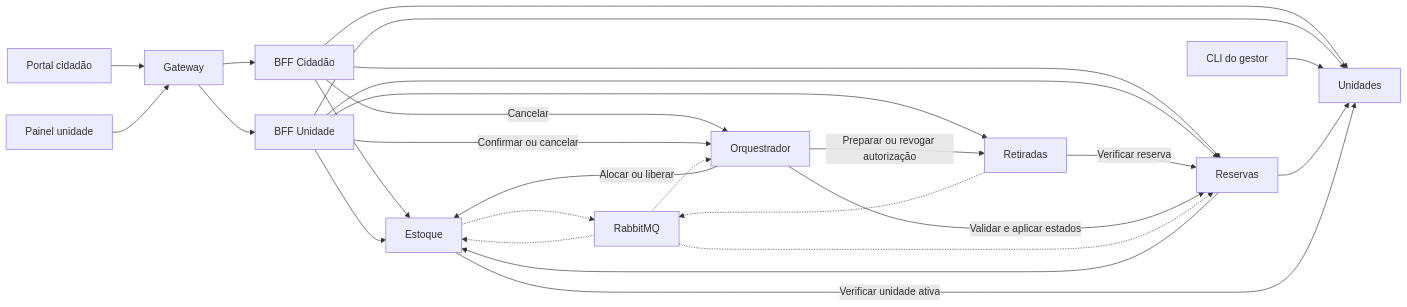
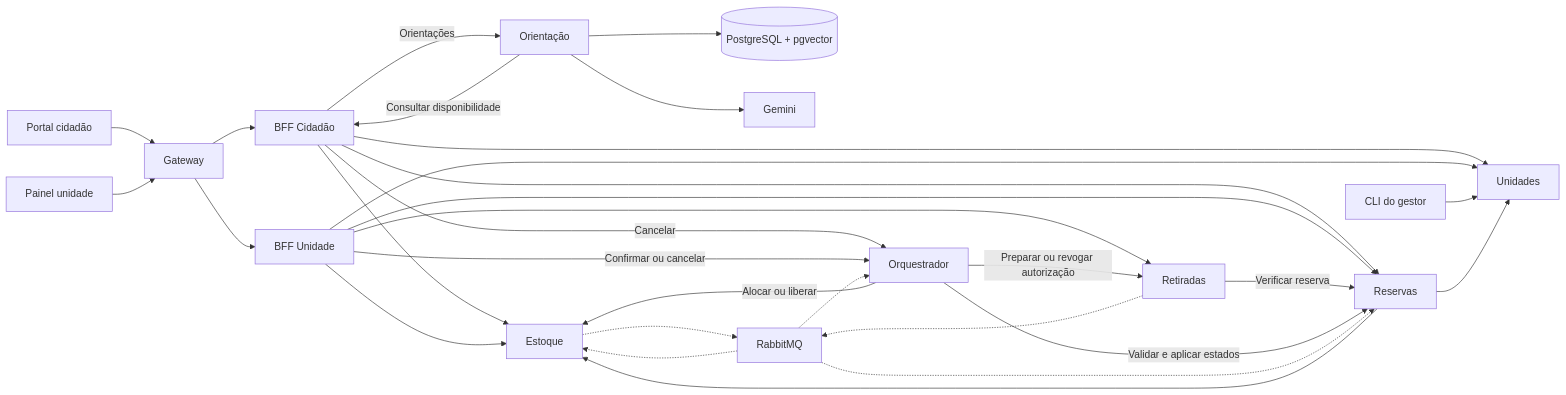
One commit to ArthurDp78/GlicoAcesso changed the ninth of 10 diagrams in docs/DOCUMENTACAO_TECNICA.md. Above: the diagram before and after it, drawn with Mermaid. The commit also changed other lines of this file and 1 other file, not shown here.

````diff
--- a/docs/DOCUMENTACAO_TECNICA.md
+++ b/docs/DOCUMENTACAO_TECNICA.md
@@ -370,29 +412,32 @@
 ```mermaid
 flowchart LR
     citizen["Portal cidadão"] --> gw["Gateway"]
     professional["Painel unidade"] --> gw
     gw --> bc["BFF Cidadão"]
     gw --> bu["BFF Unidade"]
     bc --> u["Unidades"]
     bc --> e["Estoque"]
     bc --> r["Reservas"]
     bc -->|"Cancelar"| o["Orquestrador"]
     bu --> u
     bu --> e
     bu --> r
     bu --> t["Retiradas"]
     bu -->|"Confirmar ou cancelar"| o
     manager["CLI do gestor"] --> u
     r --> u
     r --> e
-    e -->|"Verificar unidade ativa"| u
+    bc -->|"Orientações"| rag["Orientação"]
+    rag -->|"Consultar disponibilidade"| bc
+    rag --> vectors[("PostgreSQL + pgvector")]
+    rag --> gemini["Gemini"]
     t -->|"Verificar reserva"| r
     o -->|"Validar e aplicar estados"| r
     o -->|"Alocar ou liberar"| e
     o -->|"Preparar ou revogar autorização"| t
     e -.-> broker["RabbitMQ"]
     t -.-> broker
     broker -.-> e
     broker -.-> r
     broker -.-> o
 ```
````
